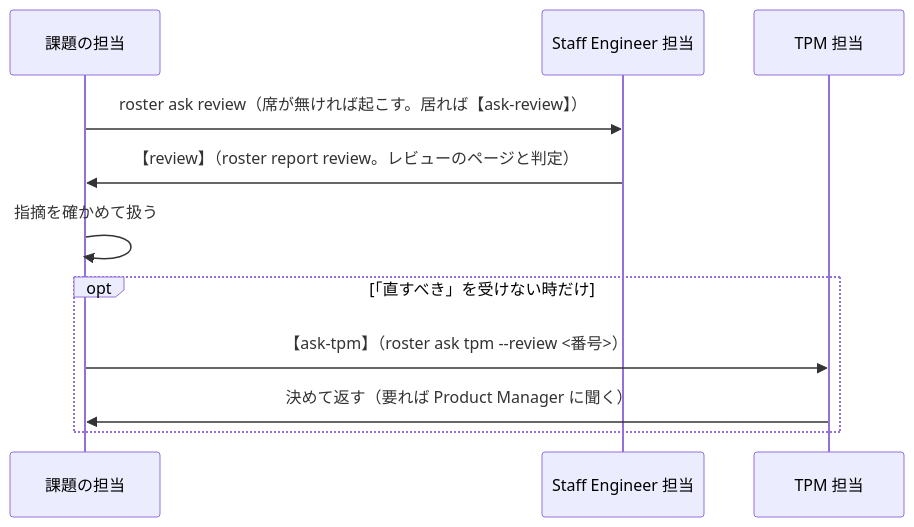
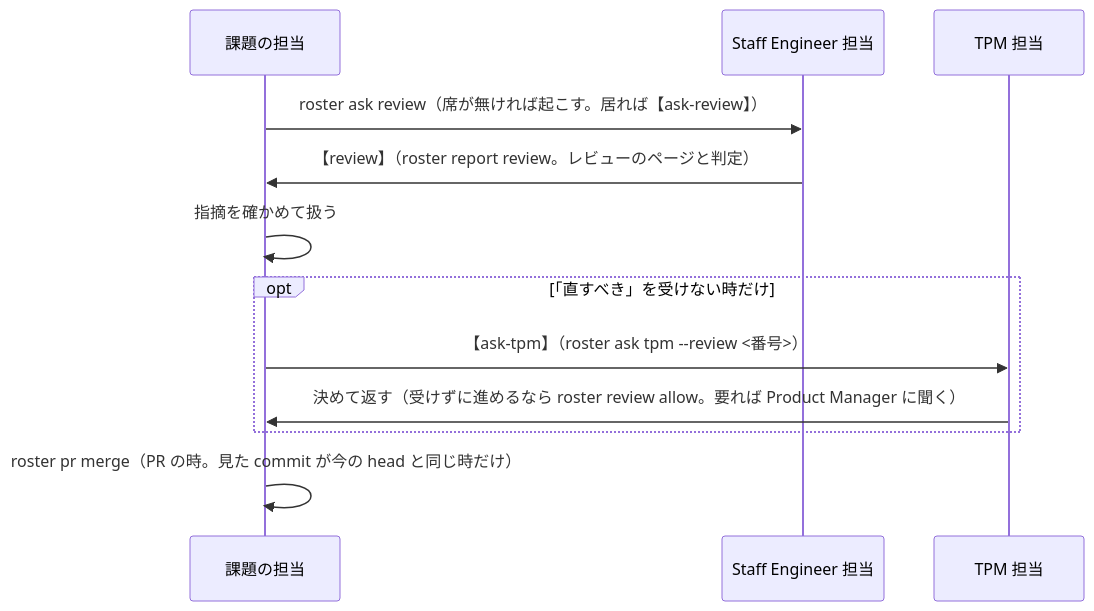
The third of 3 diagrams in docs-site/src/content/docs/protocol.md (uraitakahito/roster), drawn with Mermaid before and after one commit. The commit also changed other lines of this file and 12 other files, not shown here.

First line of the commit message:
t-pq5v: 段 2 PR はみなレビューを通し、roster pr merge で merge する決まりにする

````diff
--- a/docs-site/src/content/docs/protocol.md
+++ b/docs-site/src/content/docs/protocol.md
@@ -345,13 +345,14 @@
 ```mermaid
 sequenceDiagram
   participant SE as 課題の担当
   participant ST as Staff Engineer 担当
   participant TPM as TPM 担当
   SE->>ST: roster ask review（席が無ければ起こす。居れば【ask-review】）
   ST->>SE: 【review】（roster report review。レビューのページと判定）
   SE->>SE: 指摘を確かめて扱う
   opt 「直すべき」を受けない時だけ
     SE->>TPM: 【ask-tpm】（roster ask tpm --review <番号>）
-    TPM->>SE: 決めて返す（要れば Product Manager に聞く）
+    TPM->>SE: 決めて返す（受けずに進めるなら roster review allow。要れば Product Manager に聞く）
   end
+  SE->>SE: roster pr merge（PR の時。見た commit が今の head と同じ時だけ）
 ```
````
